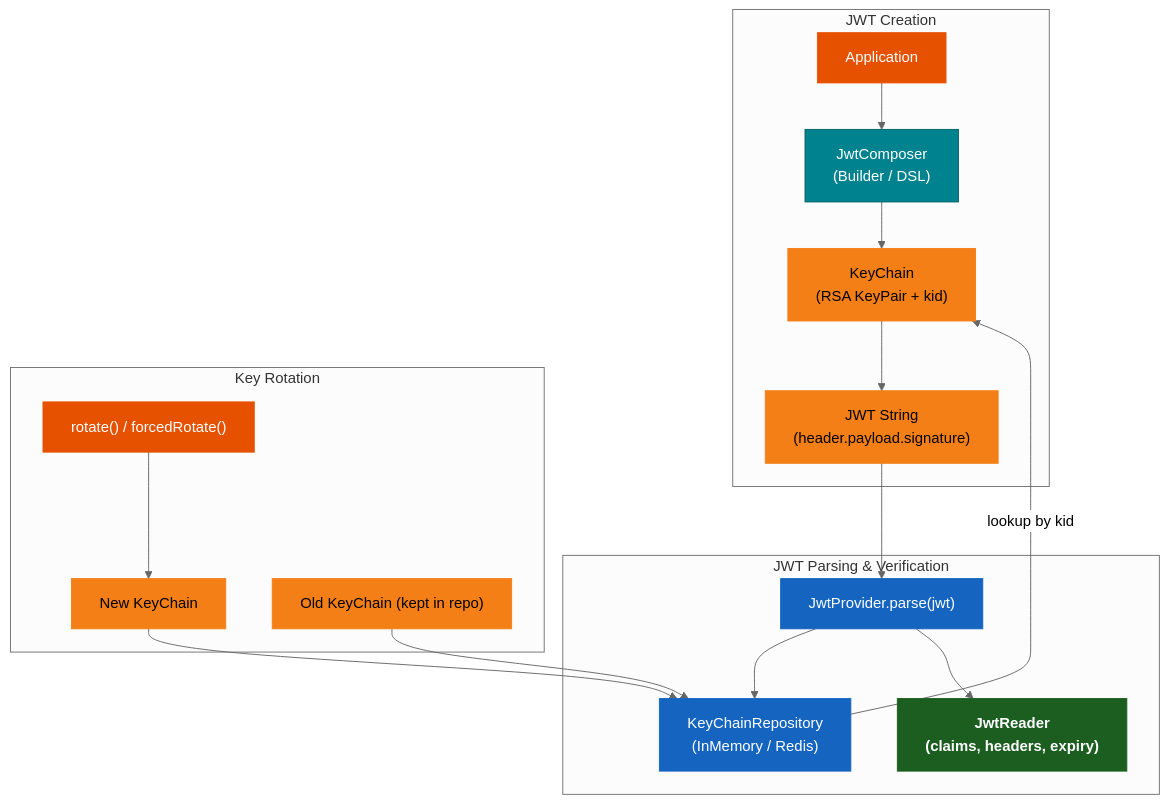
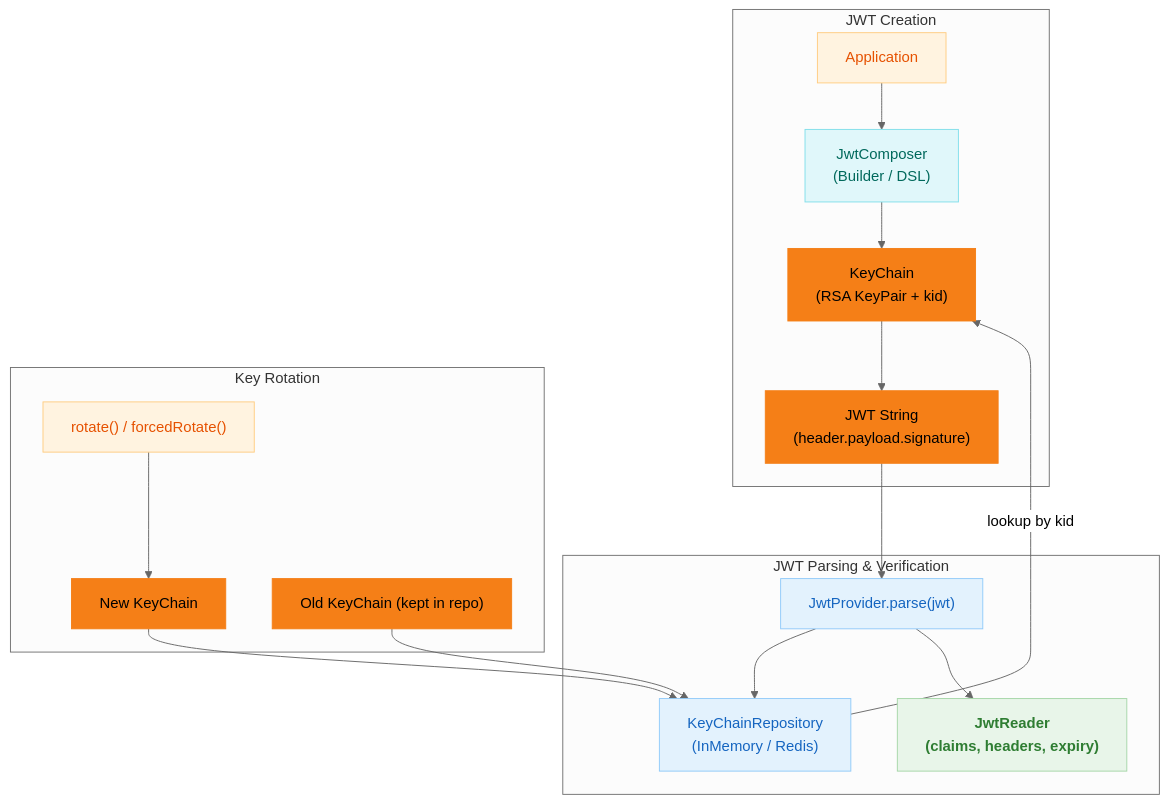
One commit to bluetape4k/bluetape4k-projects changed the first of 2 diagrams in utils/jwt/README.md. Above: the diagram before and after it, drawn with Mermaid (neutral theme). The commit also changed other lines of this file and 219 other files, not shown here.

First line of the commit message:
docs: 전체 README Mermaid 다이어그램 가이드 적용

````diff
--- a/utils/jwt/README.md
+++ b/utils/jwt/README.md
@@ -11,50 +11,50 @@
 ```mermaid
 flowchart TD
     subgraph Create["JWT Creation"]
         APP["Application"]
         COMP["JwtComposer<br/>(Builder / DSL)"]
         KC["KeyChain<br/>(RSA KeyPair + kid)"]
         JWT_STR["JWT String<br/>(header.payload.signature)"]
     end
 
     subgraph Verify["JWT Parsing & Verification"]
         PARSE["JwtProvider.parse(jwt)"]
         REPO["KeyChainRepository<br/>(InMemory / Redis)"]
         READER["JwtReader<br/>(claims, headers, expiry)"]
     end
 
     subgraph Rotate["Key Rotation"]
         ROT["rotate() / forcedRotate()"]
         NEWKC["New KeyChain"]
         OLDKC["Old KeyChain (kept in repo)"]
     end
 
     APP --> COMP
     COMP --> KC
     KC --> JWT_STR
 
     JWT_STR --> PARSE
     PARSE --> REPO
     REPO -->|"lookup by kid"| KC
     PARSE --> READER
 
     ROT --> NEWKC
     NEWKC --> REPO
     OLDKC --> REPO
 
-    classDef coreStyle fill:#1B5E20,stroke:#1B5E20,color:#FFFFFF,font-weight:bold
-    classDef serviceStyle fill:#1565C0,stroke:#1565C0,color:#FFFFFF
-    classDef utilStyle fill:#E65100,stroke:#E65100,color:#FFFFFF
-    classDef asyncStyle fill:#6A1B9A,stroke:#6A1B9A,color:#FFFFFF
-    classDef extStyle fill:#37474F,stroke:#37474F,color:#FFFFFF
+    classDef coreStyle fill:#E8F5E9,stroke:#A5D6A7,color:#2E7D32,font-weight:bold
+    classDef serviceStyle fill:#E3F2FD,stroke:#90CAF9,color:#1565C0
+    classDef utilStyle fill:#FFF3E0,stroke:#FFCC80,color:#E65100
+    classDef asyncStyle fill:#F3E5F5,stroke:#CE93D8,color:#6A1B9A
+    classDef extStyle fill:#ECEFF1,stroke:#B0BEC5,color:#37474F
     classDef dataStyle fill:#F57F17,stroke:#F57F17,color:#000000
-    classDef dslStyle fill:#00838F,stroke:#006064,color:#FFFFFF
+    classDef dslStyle fill:#E0F7FA,stroke:#80DEEA,color:#00695C
 
     class APP utilStyle
     class COMP dslStyle
     class KC,NEWKC,OLDKC dataStyle
     class JWT_STR dataStyle
     class PARSE,REPO serviceStyle
     class READER coreStyle
     class ROT utilStyle
 ```
````
